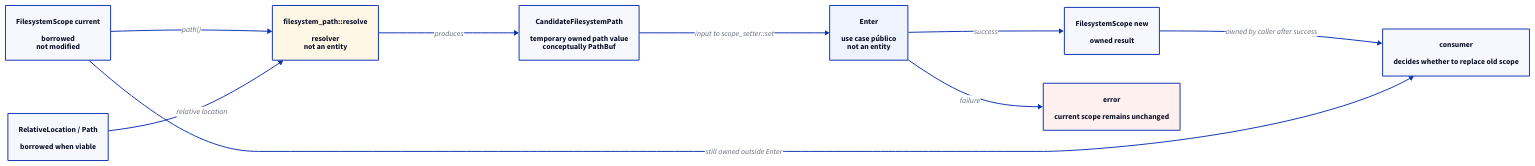
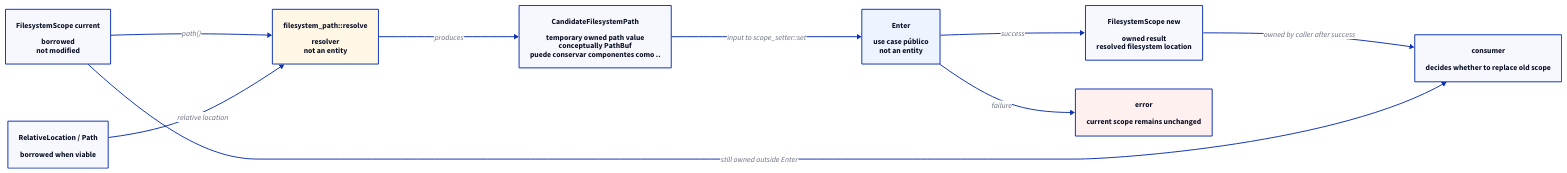
Before and after one commit to niqel/evolution: the diagram in evo-shell-engine/technical_documentation/use_cases/UC-003-enter-filesystem-scope/domain-model.d2, drawn with D2. The commit also changed 16 other files, not shown here.

Commit message:
docs: define resolved filesystem scope and compact prompt

```diff
--- a/evo-shell-engine/technical_documentation/use_cases/UC-003-enter-filesystem-scope/domain-model.d2
+++ b/evo-shell-engine/technical_documentation/use_cases/UC-003-enter-filesystem-scope/domain-model.d2
@@ -1,45 +1,45 @@
 direction: right
 
 current_scope: "FilesystemScope current\n\nborrowed\nnot modified" {
   shape: rectangle
 }
 
 relative_location: "RelativeLocation / Path\n\nborrowed when viable" {
   shape: rectangle
 }
 
 filesystem_path_resolver: "filesystem_path::resolve\n\nresolver\nnot an entity" {
   shape: rectangle
   style.fill: "#fff7e6"
 }
 
-candidate_path: "CandidateFilesystemPath\n\ntemporary owned path value\nconceptually PathBuf" {
+candidate_path: "CandidateFilesystemPath\n\ntemporary owned path value\nconceptually PathBuf\npuede conservar componentes como .." {
   shape: rectangle
 }
 
 enter_use_case: "Enter\n\nuse case público\nnot an entity" {
   shape: rectangle
   style.fill: "#edf4ff"
 }
 
-new_scope: "FilesystemScope new\n\nowned result" {
+new_scope: "FilesystemScope new\n\nowned result\nresolved filesystem location" {
   shape: rectangle
 }
 
 consumer: "consumer\n\ndecides whether to replace old scope" {
   shape: rectangle
 }
 
 error: "error\n\ncurrent scope remains unchanged" {
   shape: rectangle
   style.fill: "#fff0f0"
 }
 
 current_scope -> filesystem_path_resolver: "path()"
 relative_location -> filesystem_path_resolver: "relative location"
 filesystem_path_resolver -> candidate_path: "produces"
 candidate_path -> enter_use_case: "input to scope_setter::set"
 enter_use_case -> new_scope: "success"
 enter_use_case -> error: "failure"
 new_scope -> consumer: "owned by caller after success"
 current_scope -> consumer: "still owned outside Enter"
```
